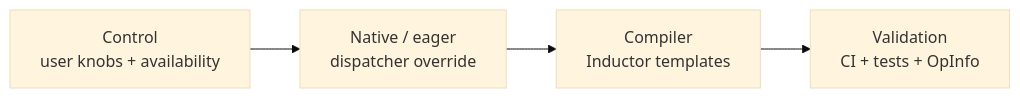
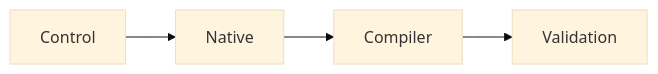
One commit to XiaobingSuper/FlyDSL changed the first of 5 diagrams in docs/pytorch_integration_rfc.md. Above: the diagram before and after it, drawn with Mermaid (base theme). The commit also changed other lines of this file and 1 other file, not shown here.

````diff
--- a/docs/pytorch_integration_rfc.md
+++ b/docs/pytorch_integration_rfc.md
@@ -51,6 +51,6 @@
 ```mermaid
 flowchart LR
-    A["Control<br/>user knobs + availability"] --> B["Native / eager<br/>dispatcher override"]
-    B --> C["Compiler<br/>Inductor templates"]
-    C --> D["Validation<br/>CI + tests + OpInfo"]
+    A["Control"] --> B["Native"]
+    B --> C["Compiler"]
+    C --> D["Validation"]
 ```
````
